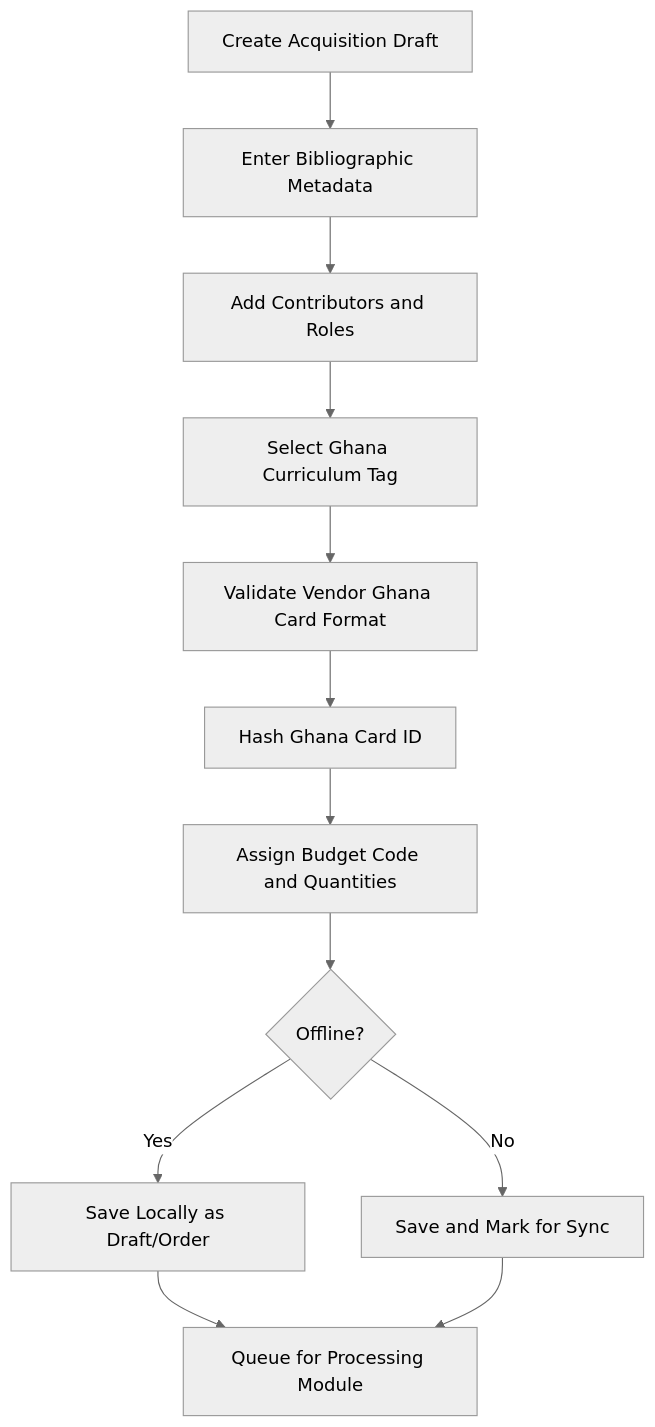
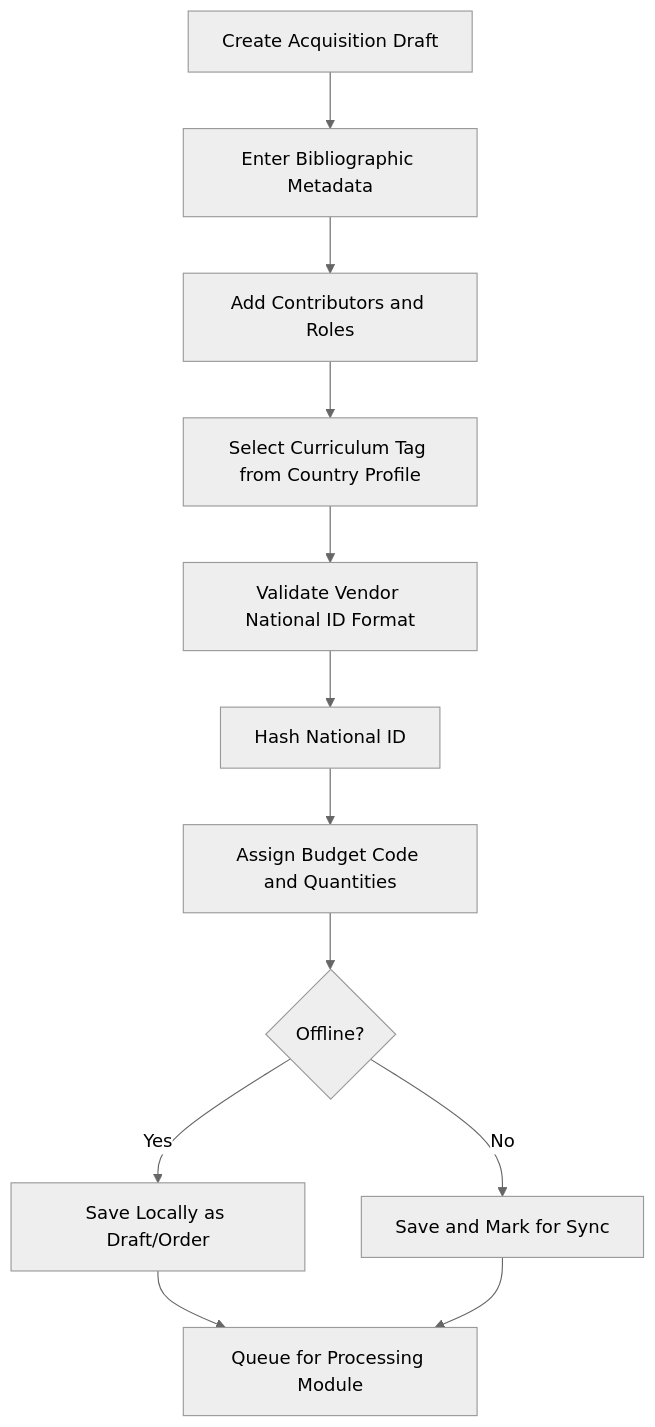
The first of 5 diagrams in .github/prompts/prompt_main.prompt.md (noobix/alpha-rabbit-lms), drawn with Mermaid (neutral theme) before and after one commit. The commit also changed other lines of this file and 511 other files, not shown here.

````diff
--- a/.github/prompts/prompt_main.prompt.md
+++ b/.github/prompts/prompt_main.prompt.md
@@ -399,14 +419,14 @@
 ```mermaid
 flowchart TD
     A[Create Acquisition Draft] --> B[Enter Bibliographic Metadata]
     B --> C[Add Contributors and Roles]
-    C --> D[Select Ghana Curriculum Tag]
-    D --> E[Validate Vendor Ghana Card Format]
-    E --> F[Hash Ghana Card ID]
+    C --> D[Select Curriculum Tag from Country Profile]
+    D --> E[Validate Vendor National ID Format]
+    E --> F[Hash National ID]
     F --> G[Assign Budget Code and Quantities]
     G --> H{Offline?}
     H -->|Yes| I[Save Locally as Draft/Order]
     H -->|No| J[Save and Mark for Sync]
     I --> K[Queue for Processing Module]
     J --> K
 ```
````
